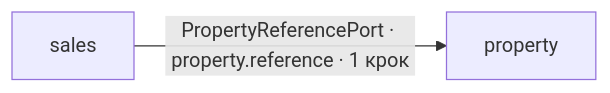
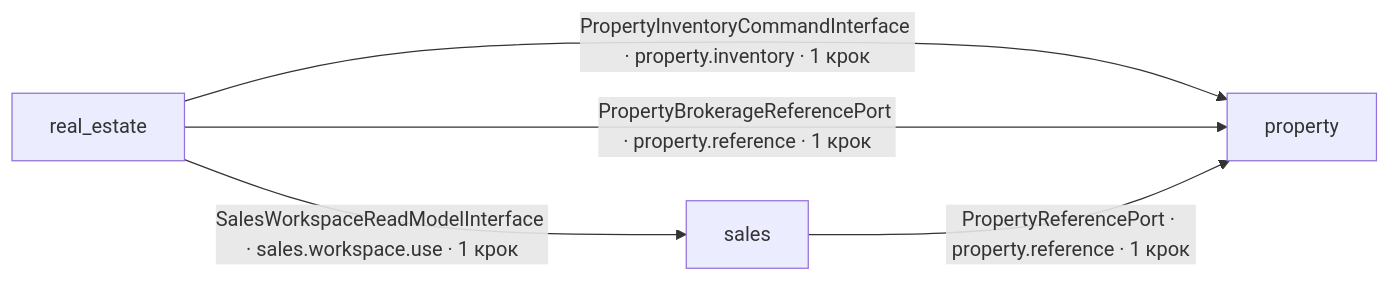
The diagram in docs/12-reference/cross-domain-process-topology.md (Murakhovsky/TerraNova2026), drawn with Mermaid before and after one commit. The commit also changed other lines of this file and 80 other files, not shown here.

First line of the commit message:
Wave 9: Property / RealEstate business cutover

````diff
--- a/docs/12-reference/cross-domain-process-topology.md
+++ b/docs/12-reference/cross-domain-process-topology.md
@@ -27,6 +27,10 @@
 ```mermaid
 flowchart LR
     domain_property["property"]
+    domain_real_estate["real_estate"]
     domain_sales["sales"]
+    domain_real_estate -->|PropertyInventoryCommandInterface · property.inventory · 1 крок| domain_property
+    domain_real_estate -->|PropertyBrokerageReferencePort · property.reference · 1 крок| domain_property
+    domain_real_estate -->|SalesWorkspaceReadModelInterface · sales.workspace.use · 1 крок| domain_sales
     domain_sales -->|PropertyReferencePort · property.reference · 1 крок| domain_property
 ```
````
